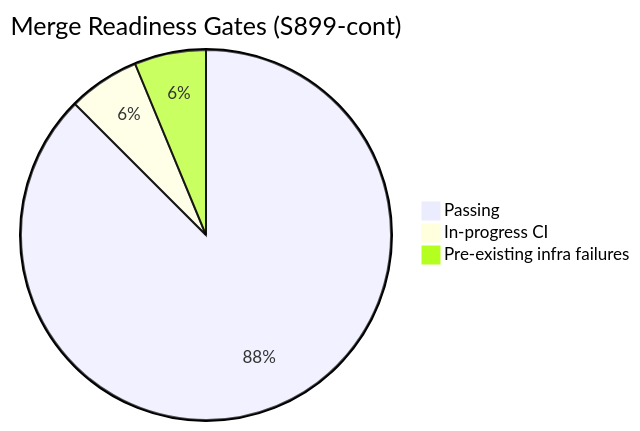
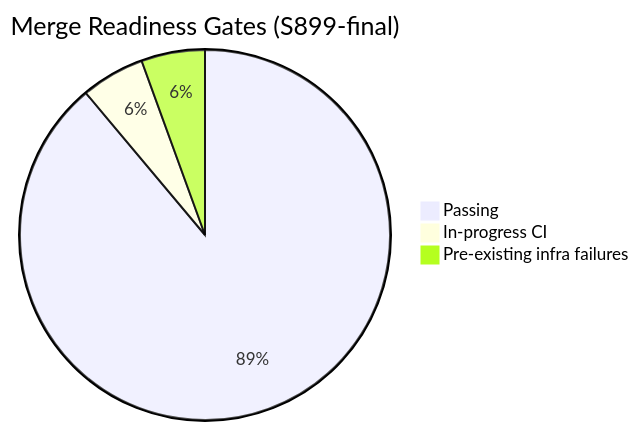
Before and after one commit to Aries-Serpent/_codex_: the first of 3 diagrams in docs/roadmap/PR4368_whats_next.md, drawn with Mermaid. The commit also changed other lines of this file, not shown here.

First line of the commit message:
chore(plan): S899-final — fix tokenizer_parity CodeQL, update living docs, Pattern 25

````diff
--- a/docs/roadmap/PR4368_whats_next.md
+++ b/docs/roadmap/PR4368_whats_next.md
@@ -13,6 +13,6 @@
 ```mermaid
-pie title Merge Readiness Gates (S899-cont)
-    "Passing" : 14
+pie title Merge Readiness Gates (S899-final)
+    "Passing" : 16
     "In-progress CI" : 1
     "Pre-existing infra failures" : 1
 ```
````
